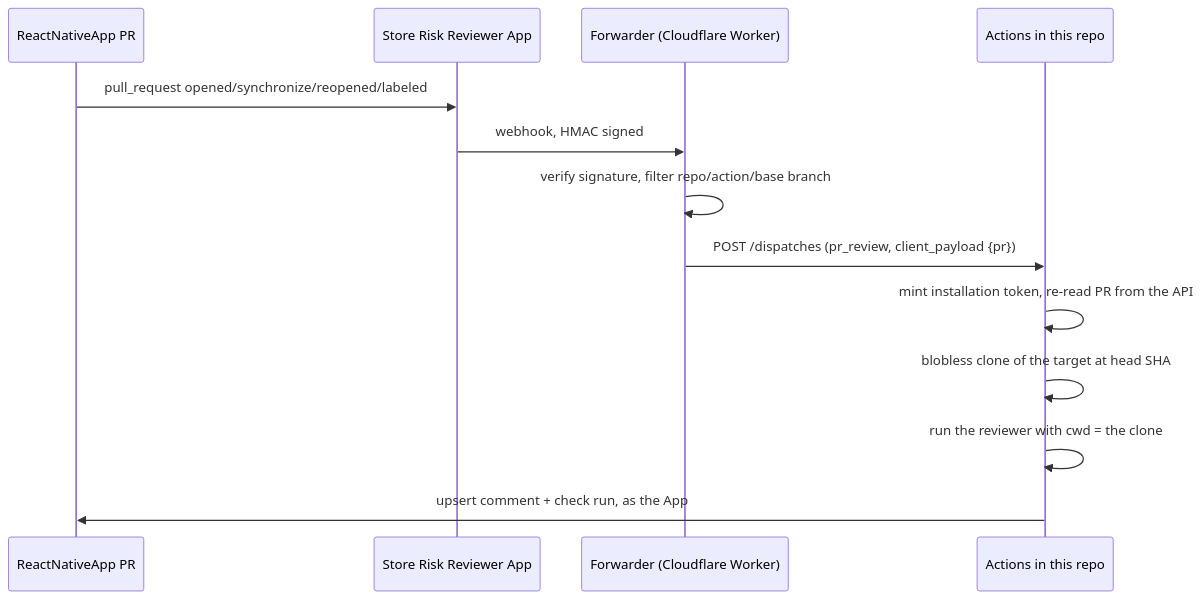
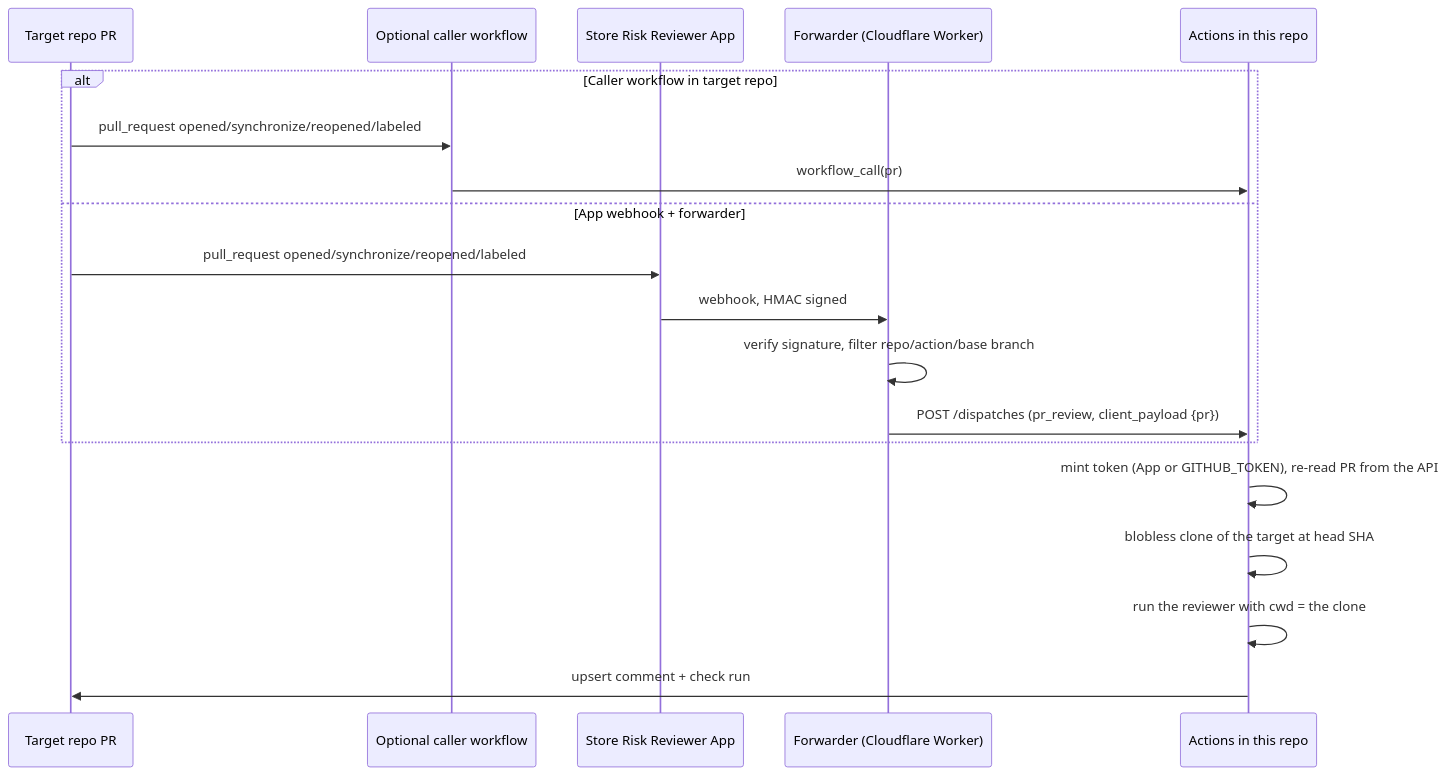
The diagram in README.md (pavlicevicvuk/store-risk-reviewer-vuk), drawn with Mermaid before and after one commit. The commit also changed other lines of this file and 2 other files, not shown here.

Commit message:
Add workflow_call trigger so target repos can start reviews without Cloudflare.
Keep the App webhook forwarder path, and allow callers to authenticate with GITHUB_TOKEN or the GitHub App.

````diff
--- a/README.md
+++ b/README.md
@@ -12,15 +15,21 @@
 ```mermaid
 sequenceDiagram
-    participant PR as ReactNativeApp PR
+    participant PR as Target repo PR
+    participant Caller as Optional caller workflow
     participant App as Store Risk Reviewer App
     participant W as Forwarder (Cloudflare Worker)
     participant GA as Actions in this repo
-    PR->>App: pull_request opened/synchronize/reopened/labeled
-    App->>W: webhook, HMAC signed
-    W->>W: verify signature, filter repo/action/base branch
-    W->>GA: POST /dispatches (pr_review, client_payload {pr})
-    GA->>GA: mint installation token, re-read PR from the API
+    alt Caller workflow in target repo
+      PR->>Caller: pull_request opened/synchronize/reopened/labeled
+      Caller->>GA: workflow_call(pr)
+    else App webhook + forwarder
+      PR->>App: pull_request opened/synchronize/reopened/labeled
+      App->>W: webhook, HMAC signed
+      W->>W: verify signature, filter repo/action/base branch
+      W->>GA: POST /dispatches (pr_review, client_payload {pr})
+    end
+    GA->>GA: mint token (App or GITHUB_TOKEN), re-read PR from the API
     GA->>GA: blobless clone of the target at head SHA
     GA->>GA: run the reviewer with cwd = the clone
-    GA->>PR: upsert comment + check run, as the App
+    GA->>PR: upsert comment + check run
 ```
````
